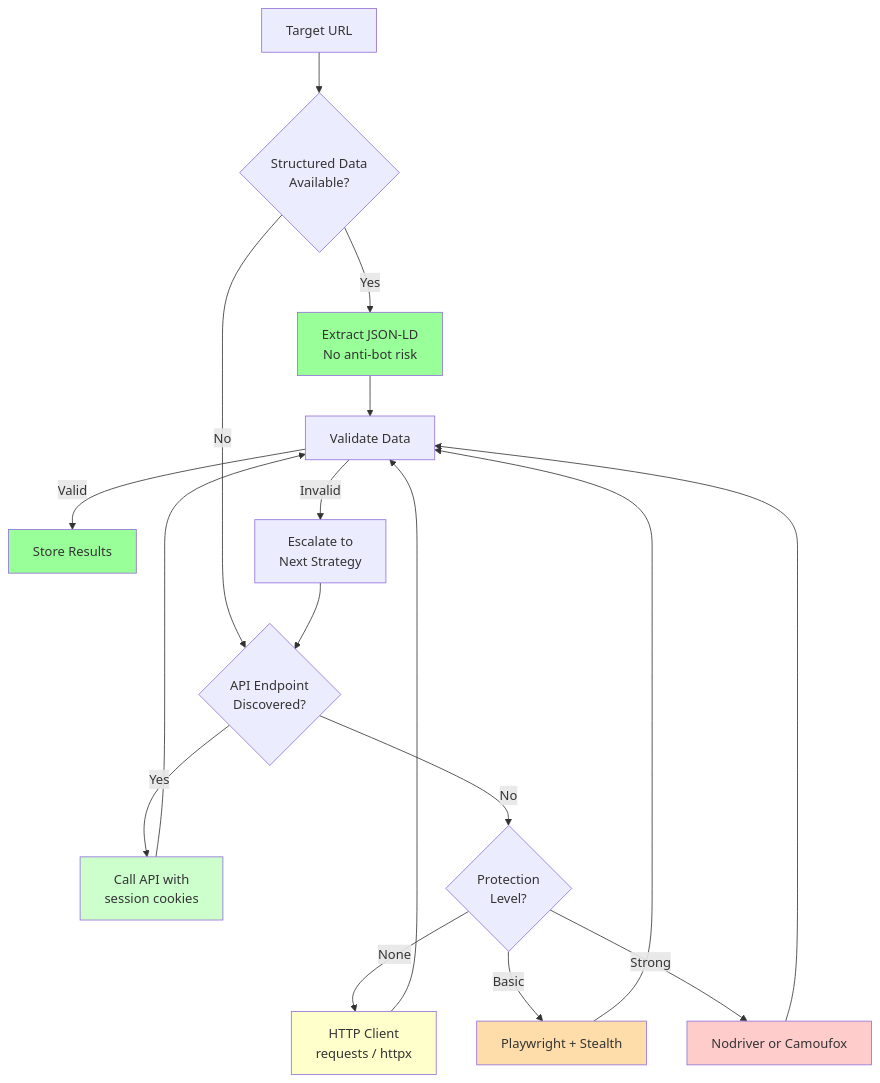
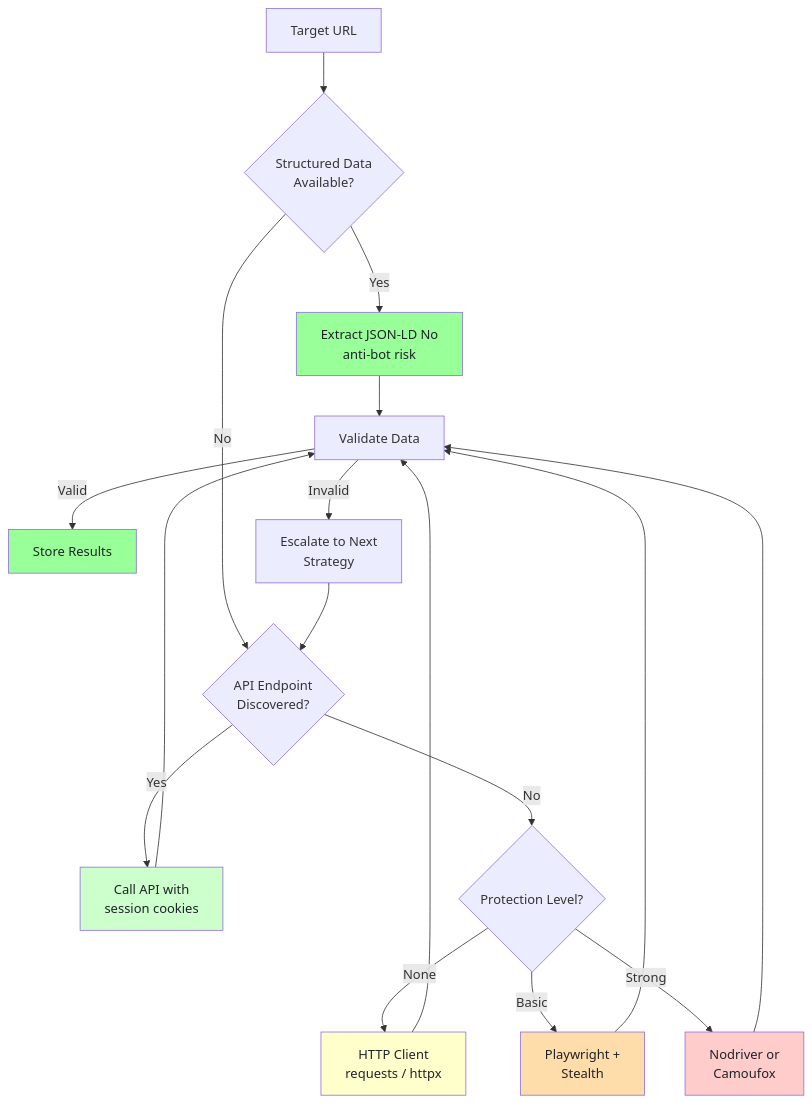
One commit to bytetunnels/bytetunnels.github.com changed the third of 3 diagrams in _posts/2026-02-23-surviving-anti-bot-updates-ecommerce-sites-tool-comparison.md. Above: the diagram before and after it, drawn with Mermaid. The commit also changed other lines of this file and 118 other files, not shown here.

Commit message:
feat: improve diagram styling and compact wide flowcharts

````diff
--- a/_posts/2026-02-23-surviving-anti-bot-updates-ecommerce-sites-tool-comparison.md
+++ b/_posts/2026-02-23-surviving-anti-bot-updates-ecommerce-sites-tool-comparison.md
@@ -584,28 +584,28 @@
 ```mermaid
 graph TD
-    A["Target URL"] --> B{"Structured Data<br>Available?"}
-    B -->|Yes| C["Extract JSON-LD<br>No anti-bot risk"]
-    B -->|No| D{"API Endpoint<br>Discovered?"}
-    D -->|Yes| E["Call API with<br>session cookies"]
-    D -->|No| F{"Protection<br>Level?"}
-    F -->|None| G["HTTP Client<br>requests / httpx"]
-    F -->|Basic| H["Playwright + Stealth"]
-    F -->|Strong| I["Nodriver or Camoufox"]
+    A["Target URL"] --> B{"Structured Data<br/>Available?"}
+    B -->|Yes| C["Extract JSON-LD No<br/>anti-bot risk"]
+    B -->|No| D{"API Endpoint<br/>Discovered?"}
+    D -->|Yes| E["Call API with<br/>session cookies"]
+    D -->|No| F{"Protection Level?"}
+    F -->|None| G["HTTP Client<br/>requests / httpx"]
+    F -->|Basic| H["Playwright +<br/>Stealth"]
+    F -->|Strong| I["Nodriver or<br/>Camoufox"]
 
     C --> J["Validate Data"]
     E --> J
     G --> J
     H --> J
     I --> J
 
     J -->|Valid| K["Store Results"]
-    J -->|Invalid| L["Escalate to<br>Next Strategy"]
+    J -->|Invalid| L["Escalate to Next<br/>Strategy"]
     L --> D
 
-    style C fill:#99ff99
-    style E fill:#ccffcc
-    style G fill:#ffffcc
-    style H fill:#ffddaa
-    style I fill:#ffcccc
-    style K fill:#99ff99
+    style C fill:#99ff99,color:#1f2328
+    style E fill:#ccffcc,color:#1f2328
+    style G fill:#ffffcc,color:#1f2328
+    style H fill:#ffddaa,color:#1f2328
+    style I fill:#ffcccc,color:#1f2328
+    style K fill:#99ff99,color:#1f2328
 ```
````
